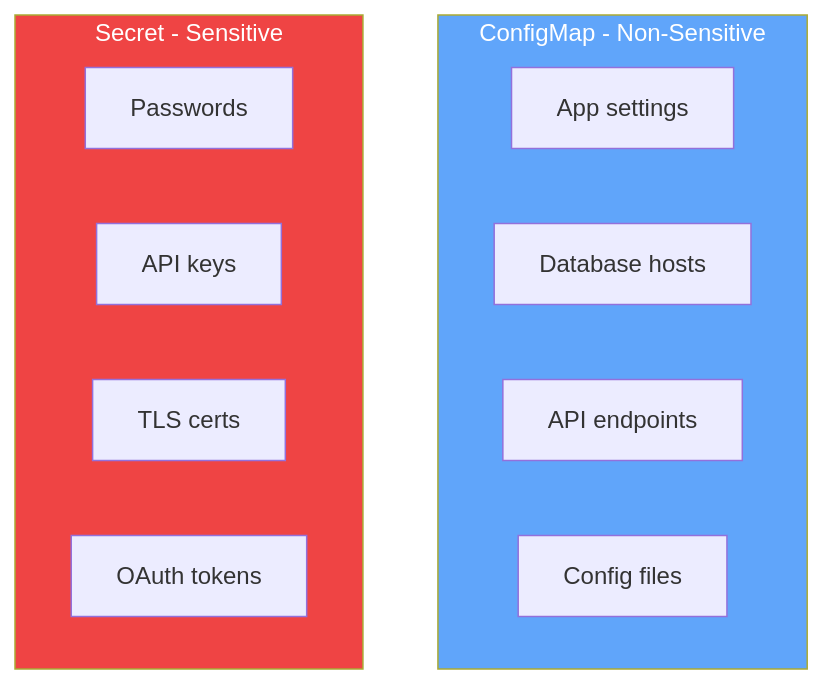
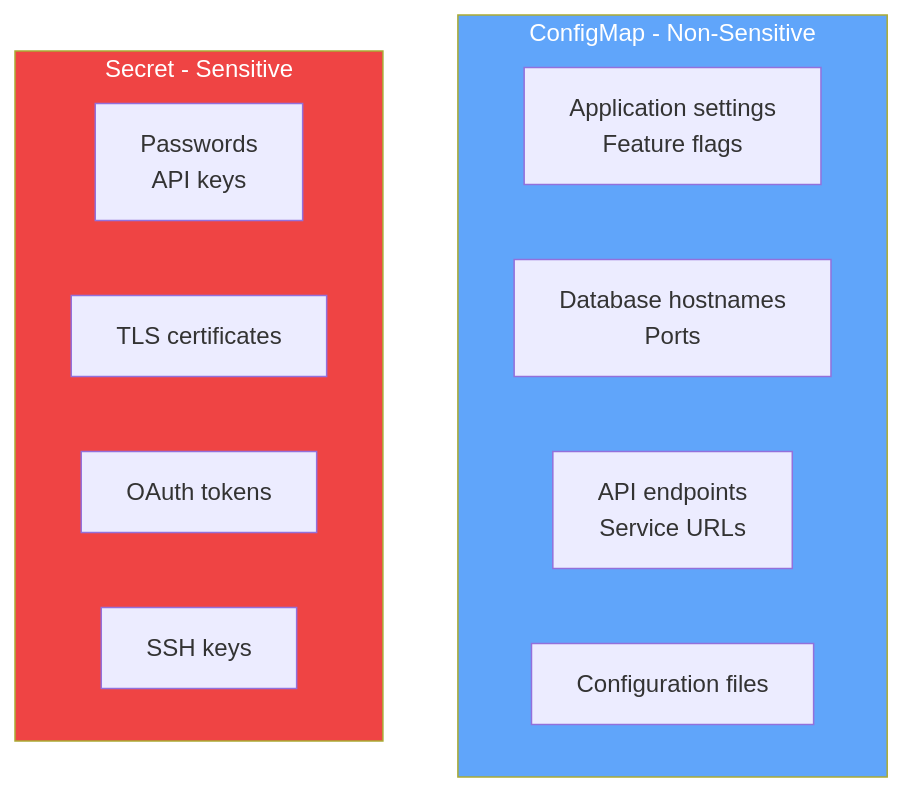
One commit to courselabs/kubernetes changed the fourth of 6 diagrams in slides/configmaps/slides.md. Above: the diagram before and after it, drawn with Mermaid. The commit also changed other lines of this file and 7 other files, not shown here.

````diff
--- a/slides/configmaps/slides.md
+++ b/slides/configmaps/slides.md
@@ -358,17 +436,17 @@
 ```mermaid
 graph TB
     subgraph CM[ConfigMap - Non-Sensitive]
-        CM1[App settings]
-        CM2[Database hosts]
-        CM3[API endpoints]
-        CM4[Config files]
+        CM1[Application settings<br/>Feature flags]
+        CM2[Database hostnames<br/>Ports]
+        CM3[API endpoints<br/>Service URLs]
+        CM4[Configuration files]
     end
     subgraph S[Secret - Sensitive]
-        S1[Passwords]
-        S2[API keys]
-        S3[TLS certs]
-        S4[OAuth tokens]
+        S1[Passwords<br/>API keys]
+        S2[TLS certificates]
+        S3[OAuth tokens]
+        S4[SSH keys]
     end
     style CM fill:#60a5fa,color:#fff
     style S fill:#ef4444,color:#fff
 ```
````
